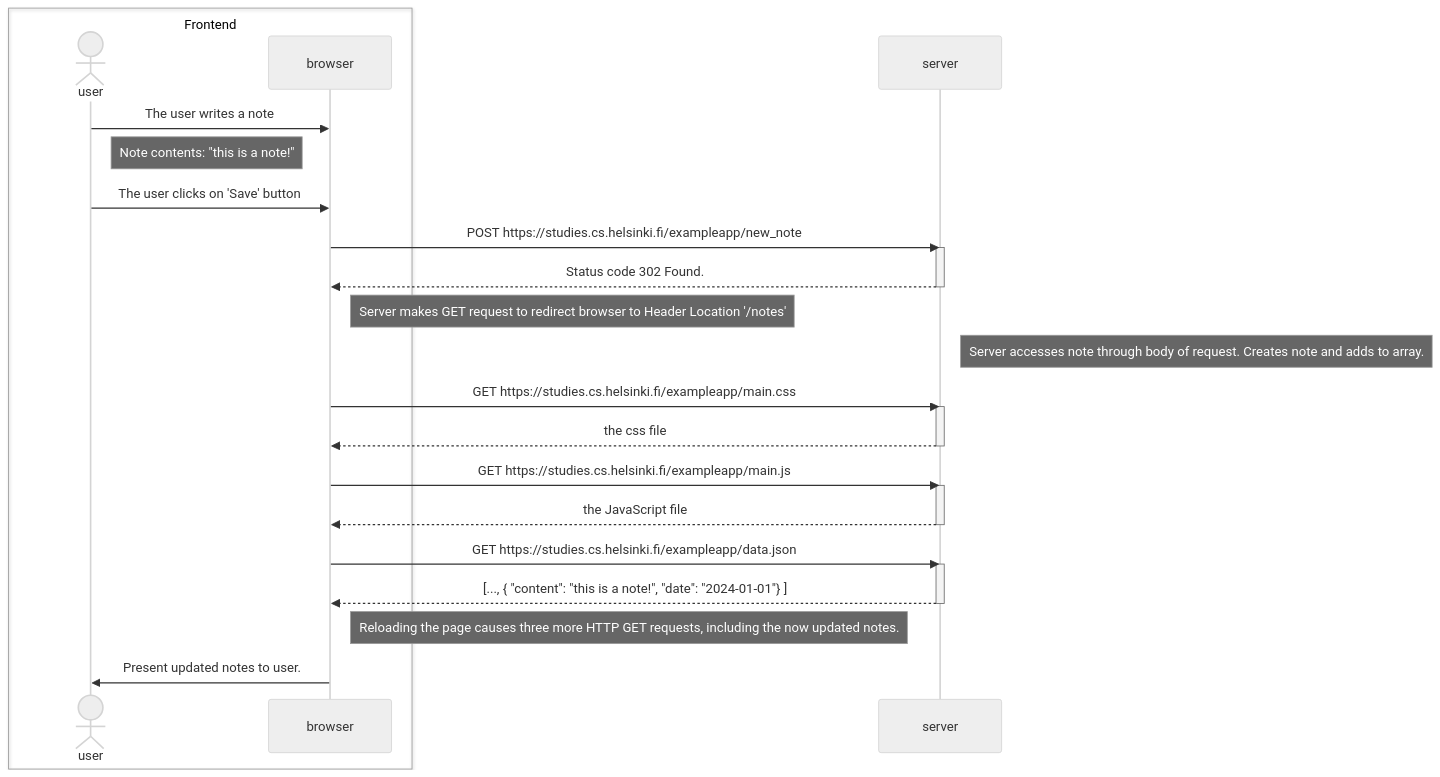
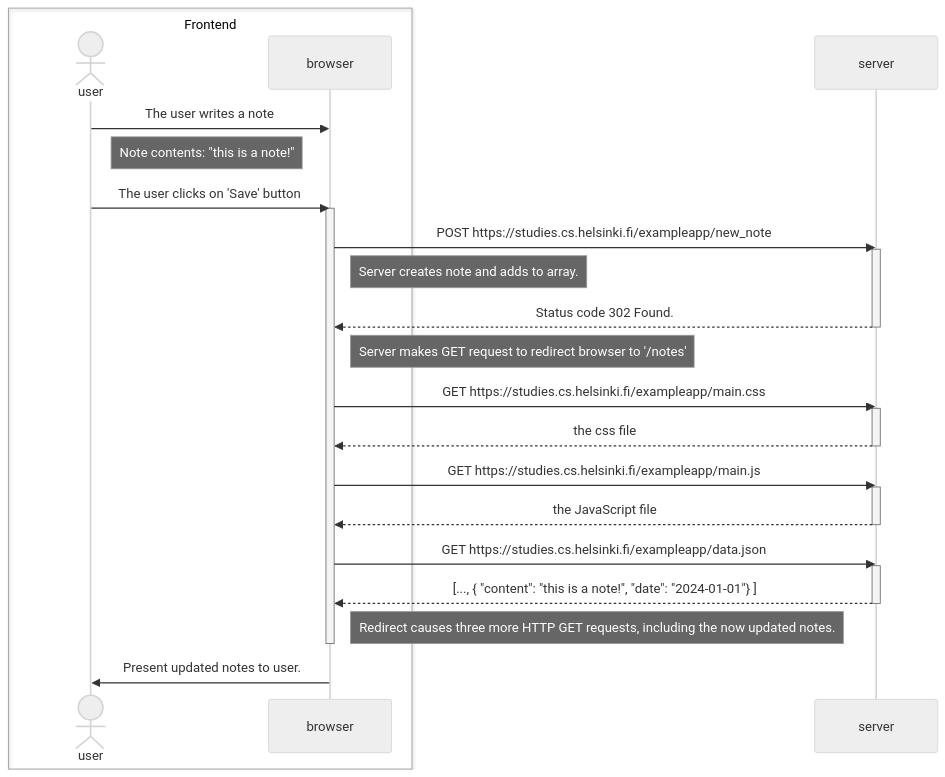
Before and after one commit to Nullim/fullstack-open: the diagram in part0/newnotediagram.md, drawn with Mermaid (neutral theme).

Commit message:
Fixes errors in note diagram

````diff
--- a/part0/newnotediagram.md
+++ b/part0/newnotediagram.md
@@ -1,41 +1,45 @@
 ```mermaid
 sequenceDiagram
   box Frontend
   actor user
   participant browser
   end
   participant server
 
   user->>browser: The user writes a note
 
   Note right of user: Note contents: "this is a note!"
 
   user->>browser: The user clicks on 'Save' button
+  activate browser
   browser->>server: POST https://studies.cs.helsinki.fi/exampleapp/new_note
   activate server
+
+  Note right of browser: Server creates note and adds to array.
+
   server-->>browser: Status code 302 Found.
   deactivate server
 
-  Note right of browser: Server makes GET request to redirect browser to Header Location '/notes'
+  Note right of browser: Server makes GET request to redirect browser to '/notes'
 
-  Note right of server: Server accesses note through body of request. Creates note and adds to array.
 
   browser->>server: GET https://studies.cs.helsinki.fi/exampleapp/main.css
   activate server
   server-->>browser: the css file
   deactivate server
 
   browser->>server: GET https://studies.cs.helsinki.fi/exampleapp/main.js
   activate server
   server-->>browser: the JavaScript file
   deactivate server
 
   browser->>server: GET https://studies.cs.helsinki.fi/exampleapp/data.json
   activate server
   server-->>browser: [..., { "content": "this is a note!", "date": "2024-01-01"} ]
   deactivate server
   
-  Note right of browser: Reloading the page causes three more HTTP GET requests, including the now updated notes.
+  Note right of browser: Redirect causes three more HTTP GET requests, including the now updated notes.
 
+  deactivate browser
   browser->>user: Present updated notes to user.
 ```
````
